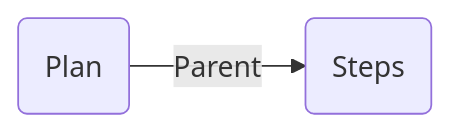
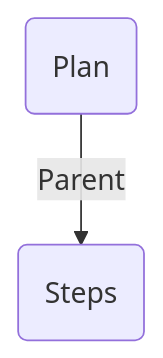
Before and after one commit to anismegdiche/metal-server: the fifth of 7 diagrams in docs/docs/documentation/concepts.md, drawn with Mermaid. The commit also changed other lines of this file and 17 other files, not shown here.

````diff
--- a/docs/docs/documentation/concepts.md
+++ b/docs/docs/documentation/concepts.md
@@ -67,4 +106,4 @@
 ```mermaid
-graph LR
+graph TD
     Plan(Plan) -- Parent --> Steps(Steps)
 ```
````
